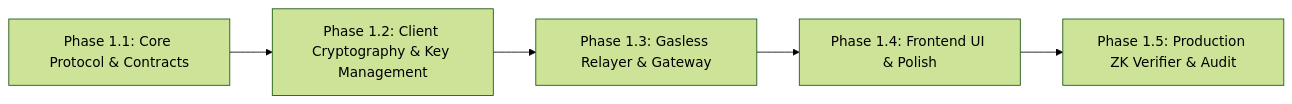
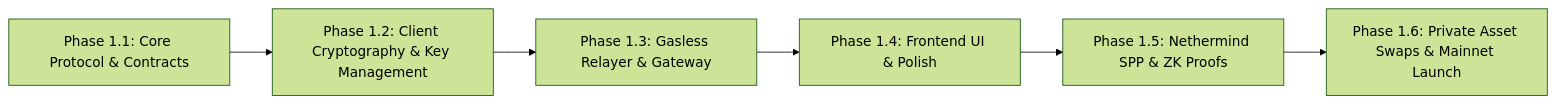
One commit to mhizer-fatai/starlit-pay changed the first of 2 diagrams in ROADMAP.md. Above: the diagram before and after it, drawn with Mermaid (forest theme). The commit also changed other lines of this file and 18 other files, not shown here.

Commit message:
feat: adopt Nethermind SPP architecture with ASP compliance and performance optimizations

````diff
--- a/ROADMAP.md
+++ b/ROADMAP.md
@@ -14,7 +14,8 @@
 ```mermaid
 graph LR
     A[Phase 1.1: Core Protocol & Contracts] --> B[Phase 1.2: Client Cryptography & Key Management]
     B --> C[Phase 1.3: Gasless Relayer & Gateway]
     C --> D[Phase 1.4: Frontend UI & Polish]
-    D --> E[Phase 1.5: Production ZK Verifier & Audit]
+    D --> E[Phase 1.5: Nethermind SPP & ZK Proofs]
+    E --> F[Phase 1.6: Private Asset Swaps & Mainnet Launch]
 ```
````
